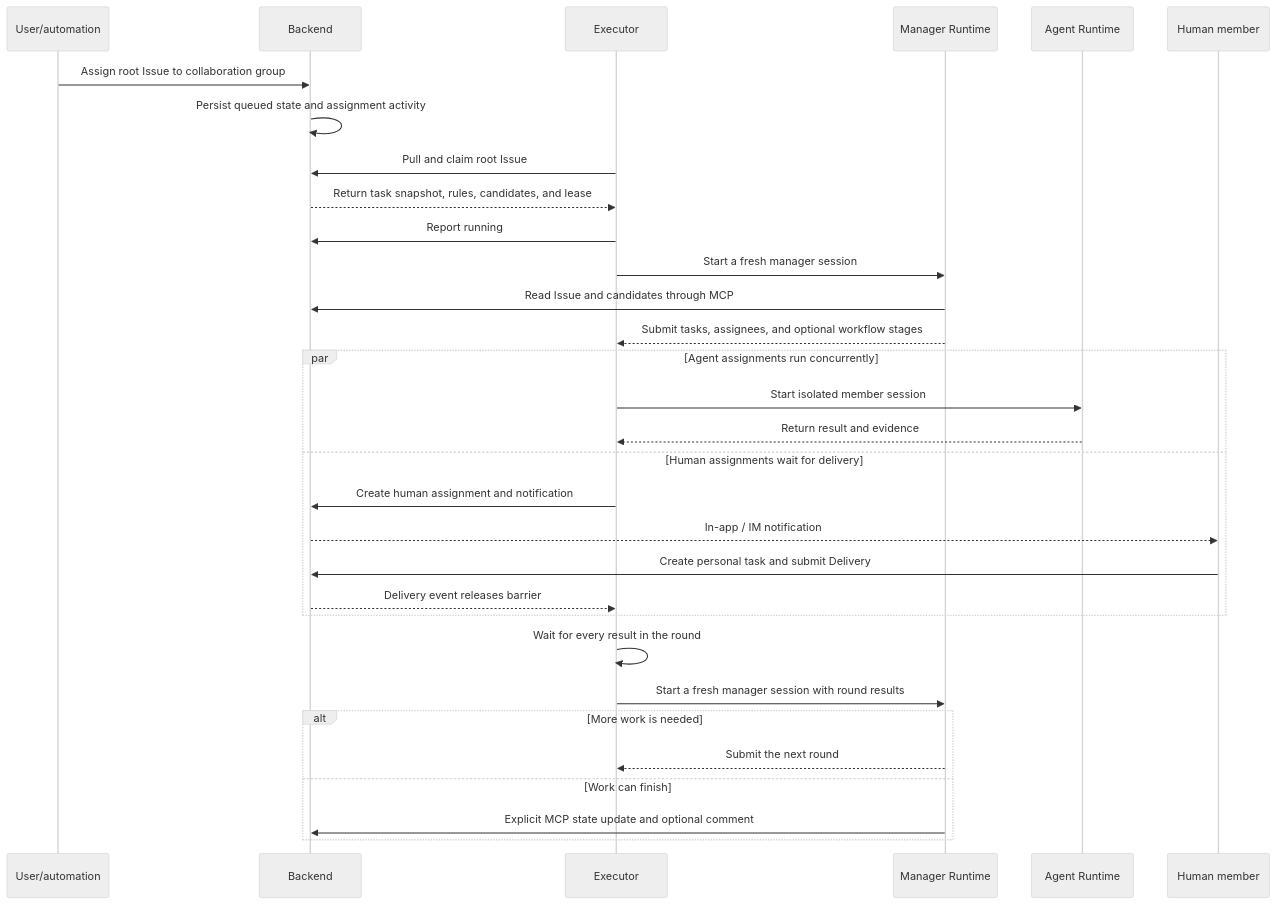
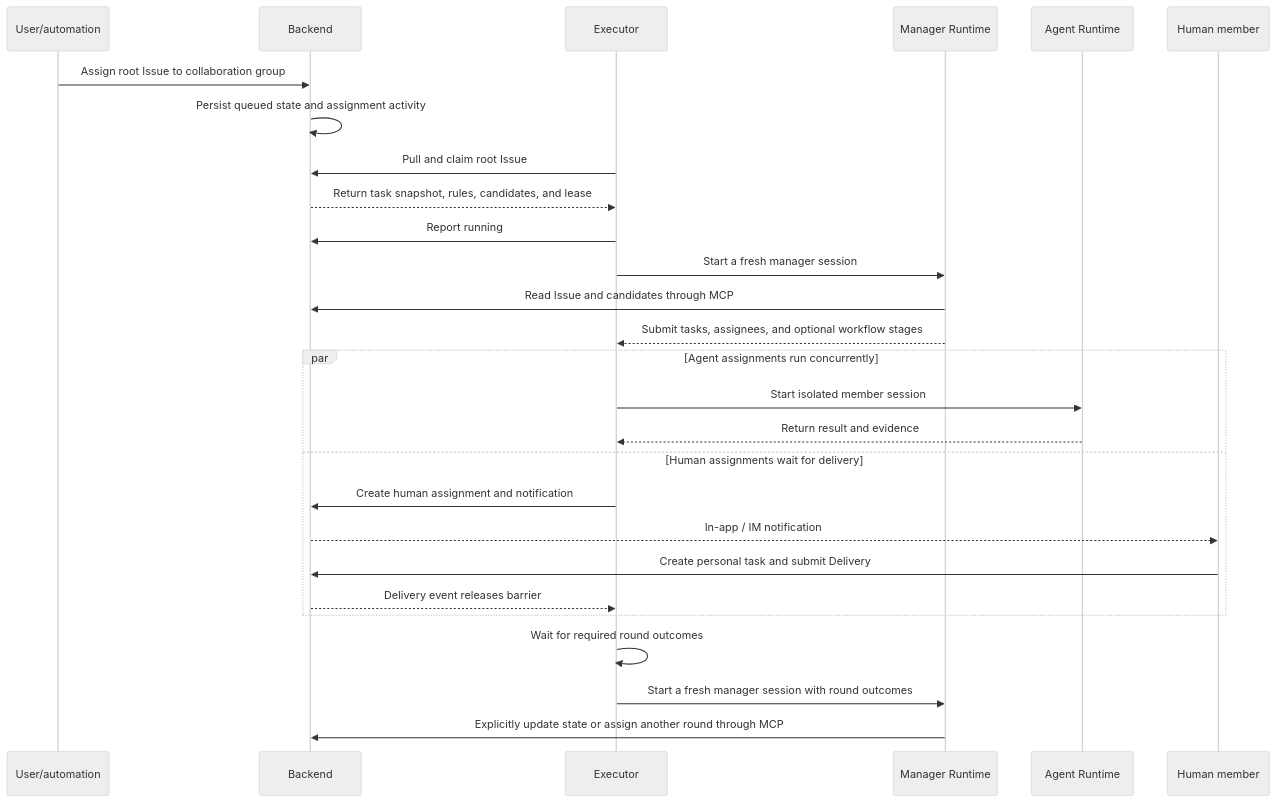
Before and after one commit to wecode-ai/wegent-docs: the second of 4 diagrams in docs/wegent/developer-guide/cloud-project-collaboration.md, drawn with Mermaid (neutral theme). The commit also changed other lines of this file and 3 other files, not shown here.

````diff
--- a/docs/wegent/developer-guide/cloud-project-collaboration.md
+++ b/docs/wegent/developer-guide/cloud-project-collaboration.md
@@ -162,34 +164,30 @@
 ```mermaid
 sequenceDiagram
     participant U as User/automation
     participant B as Backend
     participant E as Executor
     participant M as Manager Runtime
     participant A as Agent Runtime
     participant H as Human member
 
     U->>B: Assign root Issue to collaboration group
     B->>B: Persist queued state and assignment activity
     E->>B: Pull and claim root Issue
     B-->>E: Return task snapshot, rules, candidates, and lease
     E->>B: Report running
     E->>M: Start a fresh manager session
     M->>B: Read Issue and candidates through MCP
     M-->>E: Submit tasks, assignees, and optional workflow stages
     par Agent assignments run concurrently
         E->>A: Start isolated member session
         A-->>E: Return result and evidence
     and Human assignments wait for delivery
         E->>B: Create human assignment and notification
         B-->>H: In-app / IM notification
         H->>B: Create personal task and submit Delivery
         B-->>E: Delivery event releases barrier
     end
-    E->>E: Wait for every result in the round
-    E->>M: Start a fresh manager session with round results
-    alt More work is needed
-        M-->>E: Submit the next round
-    else Work can finish
-        M->>B: Explicit MCP state update and optional comment
-    end
+    E->>E: Wait for required round outcomes
+    E->>M: Start a fresh manager session with round outcomes
+    M->>B: Explicitly update state or assign another round through MCP
 ```
````
